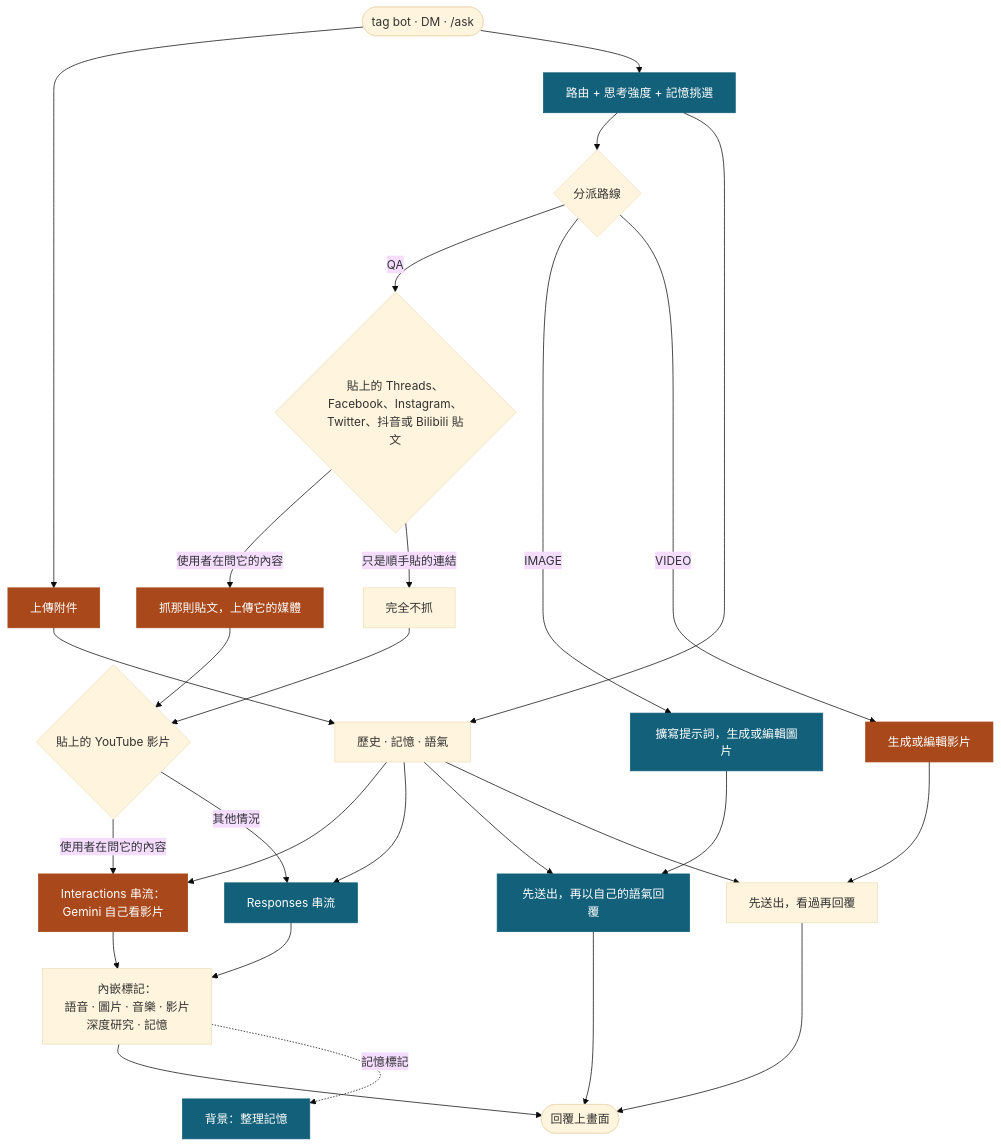
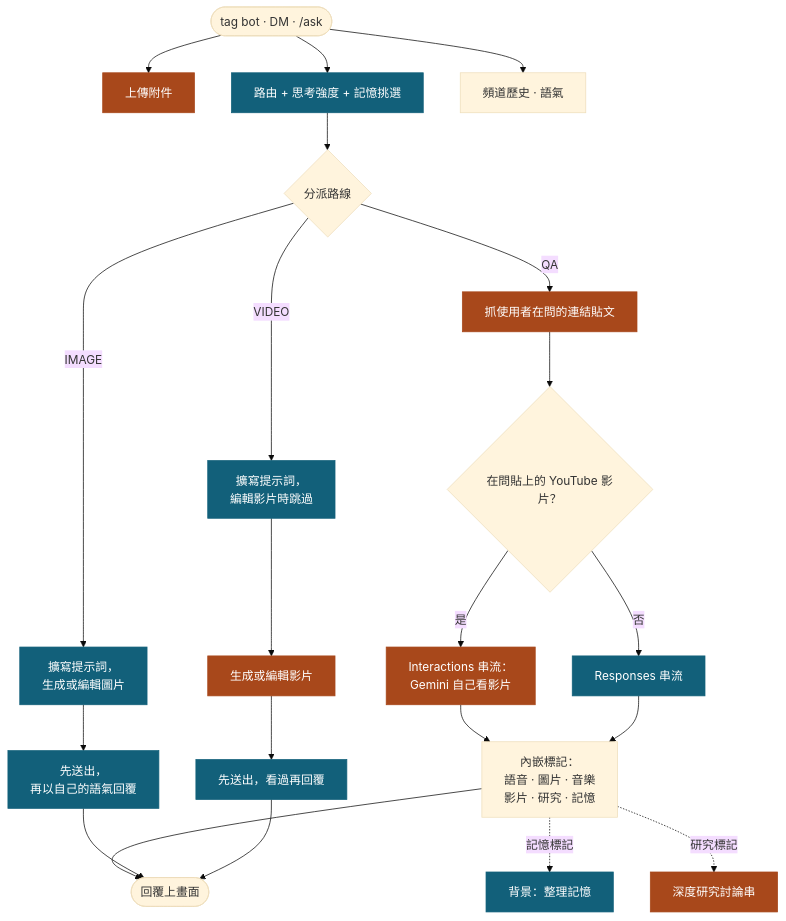
One commit to Mai0313/discordbot changed the diagram in README.zh-TW.md. Above: the diagram before and after it, drawn with Mermaid (base theme). The commit also changed other lines of this file and 2 other files, not shown here.

Commit message:
docs: simplify the reply flowchart in the READMEs

````diff
--- a/README.zh-TW.md
+++ b/README.zh-TW.md
@@ -41,34 +41,31 @@
 ```mermaid
 flowchart TD
-    U(["tag bot · DM · /ask"]) --> UP & RT
+    U(["tag bot · DM · /ask"]) --> UP & RT & CX
 
     UP["上傳附件"]
     RT["路由 + 思考強度 + 記憶挑選"]
-    CX["歷史 · 記憶 · 語氣"]
+    CX["頻道歷史 · 語氣"]
 
     RT --> R{"分派路線"}
-    UP & RT --> CX --> YT & QS & I2 & V2
 
-    R -->|QA| L{"貼上的 Threads、Facebook、Instagram、<br/>Twitter、抖音或 Bilibili 貼文"}
-    L -->|"使用者在問它的內容"| LF["抓那則貼文，上傳它的媒體"]
-    L -->|"只是順手貼的連結"| LS["完全不抓"]
-    LF & LS --> Y{"貼上的 YouTube 影片"}
-    Y -->|"使用者在問它的內容"| YT["Interactions 串流：<br/>Gemini 自己看影片"]
-    Y -->|"其他情況"| QS["Responses 串流"]
-    YT & QS --> Q2["內嵌標記：<br/>語音 · 圖片 · 音樂 · 影片<br/>深度研究 · 記憶"]
+    R -->|QA| LF["抓使用者在問的連結貼文"]
+    LF --> Y{"在問貼上的 YouTube 影片？"}
+    Y -->|是| YT["Interactions 串流：<br/>Gemini 自己看影片"]
+    Y -->|否| QS["Responses 串流"]
+    YT & QS --> Q2["內嵌標記：<br/>語音 · 圖片 · 音樂<br/>影片 · 研究 · 記憶"]
 
-    R -->|IMAGE| I1["擴寫提示詞，生成或編輯圖片"]
-    I1 --> I2["先送出，再以自己的語氣回覆"]
-    R -->|VIDEO| V1["生成或編輯影片"]
-    V1 --> V2["先送出，看過再回覆"]
+    R -->|IMAGE| I1["擴寫提示詞，<br/>生成或編輯圖片"]
+    I1 --> I2["先送出，<br/>再以自己的語氣回覆"]
+    R -->|VIDEO| V1["擴寫提示詞，<br/>編輯影片時跳過"]
+    V1 --> V2["生成或編輯影片"]
+    V2 --> V3["先送出，看過再回覆"]
 
-    Q2 --> OUT(["回覆上畫面"])
-    I2 --> OUT
-    V2 --> OUT
+    Q2 & I2 & V3 --> OUT(["回覆上畫面"])
     Q2 -.->|"記憶標記"| MM["背景：整理記憶"]
+    Q2 -.->|"研究標記"| DR["深度研究討論串"]
 
     classDef proxy fill:#12607a,stroke:#12607a,color:#ffffff
     classDef direct fill:#a8481b,stroke:#a8481b,color:#ffffff
-    class RT,QS,I1,I2,MM proxy
-    class UP,LF,YT,V1 direct
+    class RT,QS,I1,I2,V1,V3,MM proxy
+    class UP,LF,YT,V2,DR direct
 ```
````
